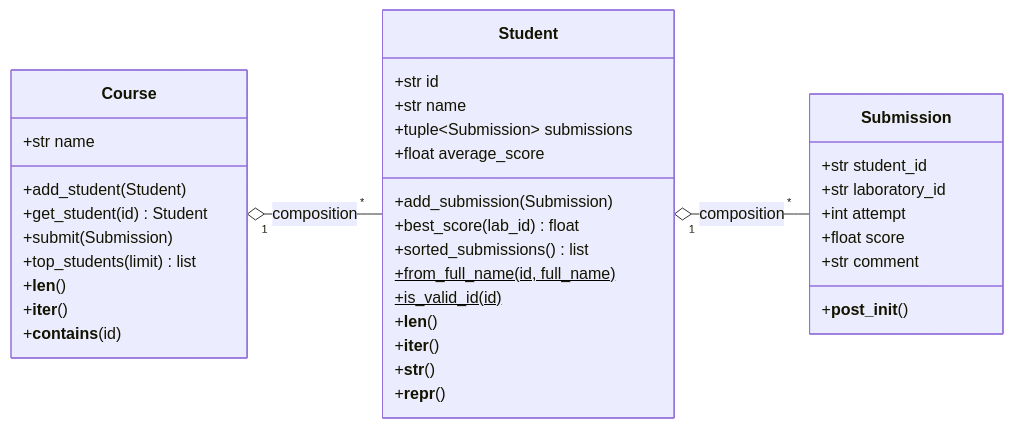
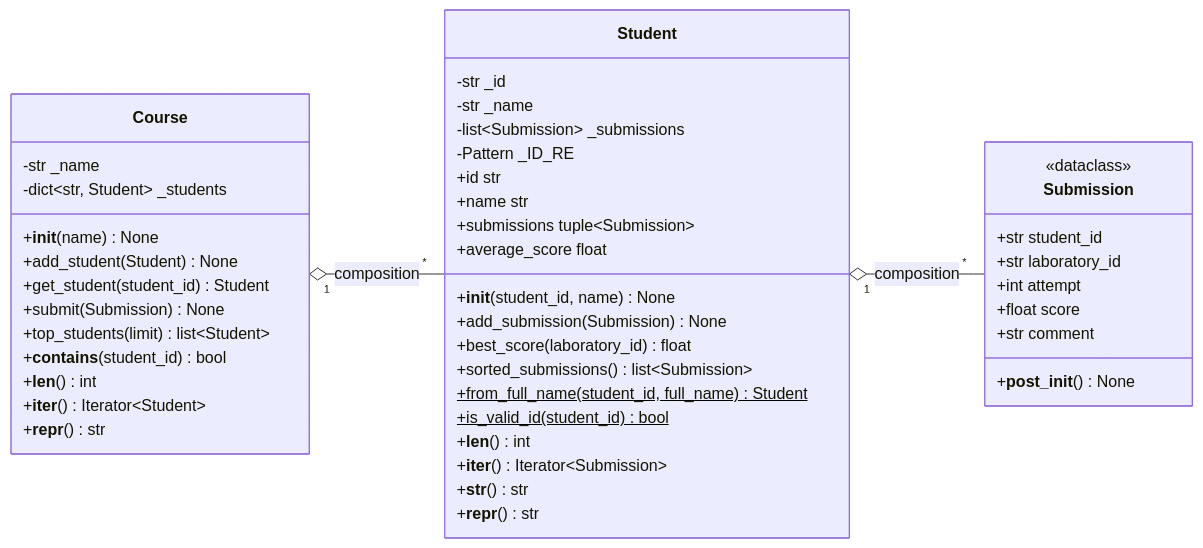
Before and after one commit to mariamedova/fai_topit_fundamentals_of_programming: the first of 2 diagrams in solutions/lab_4/REPORT.md, drawn with Mermaid. The commit also changed other lines of this file, not shown here.

````diff
--- a/solutions/lab_4/REPORT.md
+++ b/solutions/lab_4/REPORT.md
@@ -186,39 +186,52 @@
 ```mermaid
 classDiagram
     direction LR
+
     class Submission {
+        <<dataclass>>
         +str student_id
         +str laboratory_id
         +int attempt
         +float score
         +str comment
-        +__post_init__()
+        +__post_init__() None
     }
+
     class Student {
-        +str id
-        +str name
-        +tuple~Submission~ submissions
-        +float average_score
-        +add_submission(Submission)
-        +best_score(lab_id) float
-        +sorted_submissions() list
-        +from_full_name(id, full_name)$
-        +is_valid_id(id)$
-        +__len__()
-        +__iter__()
-        +__str__()
-        +__repr__()
+        -str _id
+        -str _name
+        -list~Submission~ _submissions
+        -Pattern _ID_RE
+        +__init__(student_id, name) None
+        +id str
+        +name str
+        +submissions tuple~Submission~
+        +average_score float
+        +add_submission(Submission) None
+        +best_score(laboratory_id) float
+        +sorted_submissions() list~Submission~
+        +from_full_name(student_id, full_name)$ Student
+        +is_valid_id(student_id)$ bool
+        +__len__() int
+        +__iter__() Iterator~Submission~
+        +__str__() str
+        +__repr__() str
     }
+
     class Course {
-        +str name
-        +add_student(Student)
-        +get_student(id) Student
-        +submit(Submission)
-        +top_students(limit) list
-        +__len__()
-        +__iter__()
-        +__contains__(id)
+        -str _name
+        -dict~str, Student~ _students
+        +__init__(name) None
+        +add_student(Student) None
+        +get_student(student_id) Student
+        +submit(Submission) None
+        +top_students(limit) list~Student~
+        +__contains__(student_id) bool
+        +__len__() int
+        +__iter__() Iterator~Student~
+        +__repr__() str
     }
+
     Course "1" o-- "*" Student : composition
     Student "1" o-- "*" Submission : composition
 ```
````
